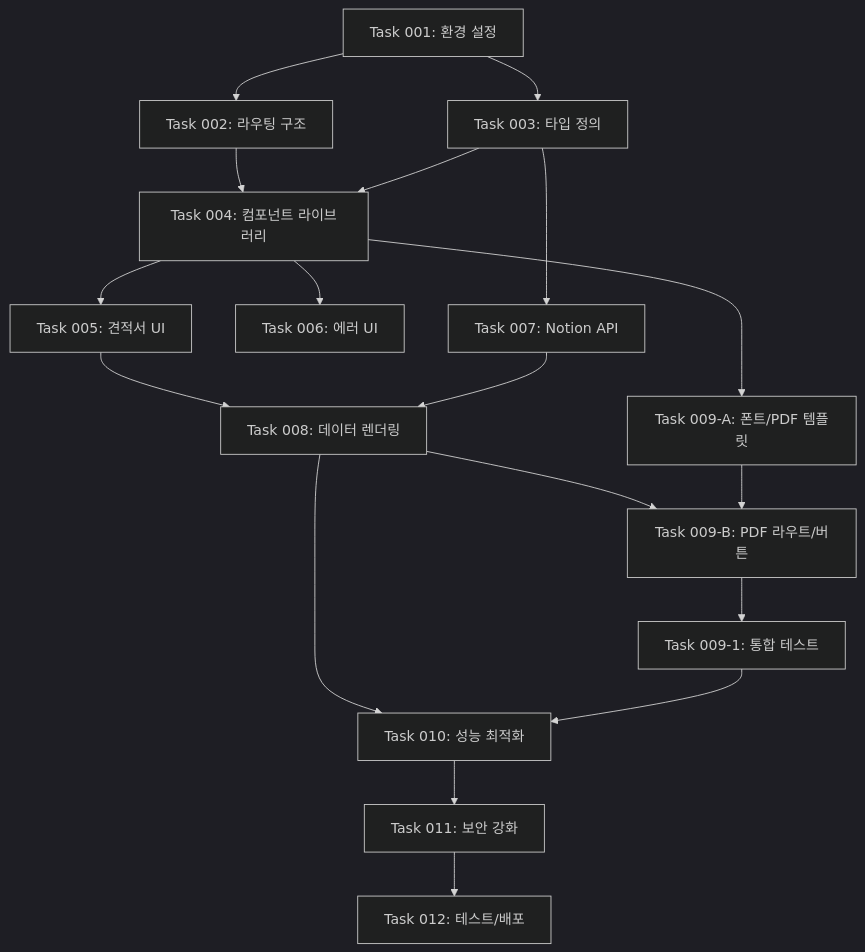
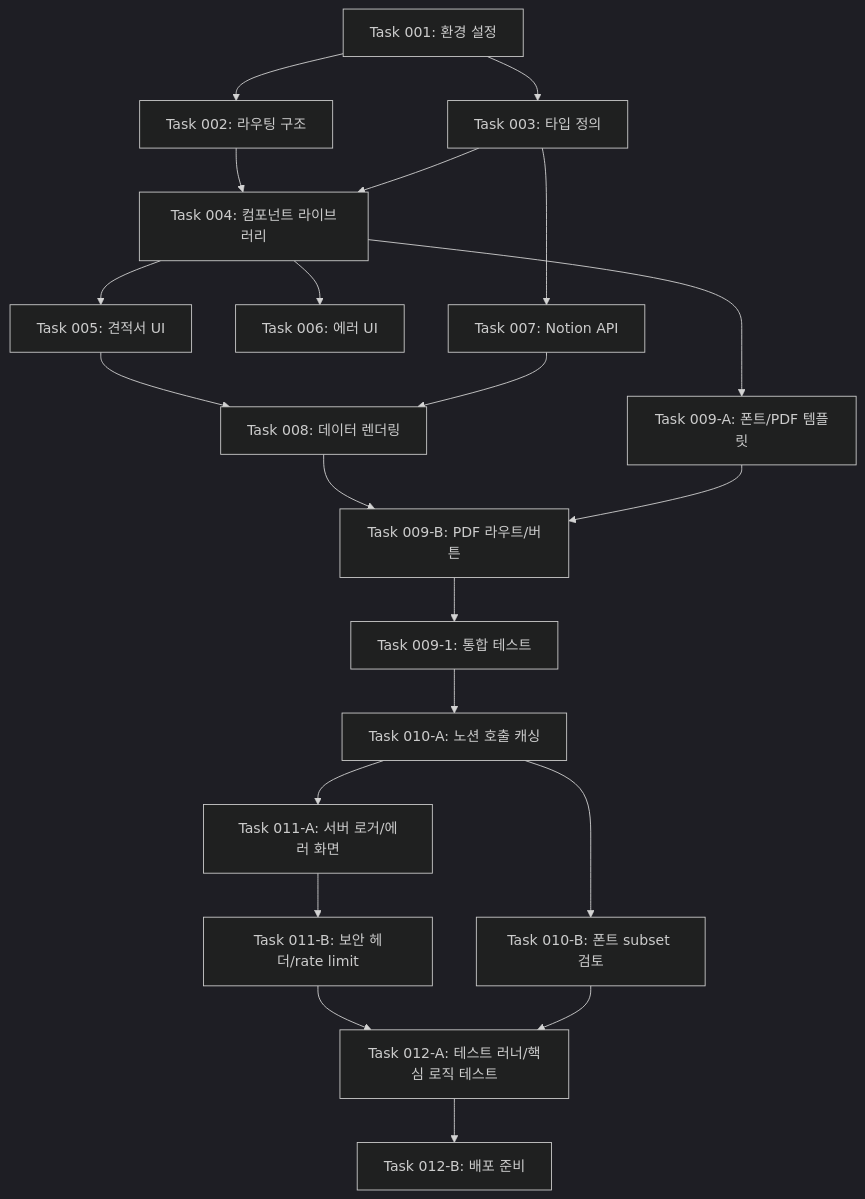
Before and after one commit to Han-DDong/invoice-web: the diagram in docs/ROADMAP.md, drawn with Mermaid (dark theme). The commit also changed other lines of this file and 29 other files, not shown here.

First line of the commit message:
✨ feat: Phase 4 성능 최적화, 보안 강화, 테스트 도입

````diff
--- a/docs/ROADMAP.md
+++ b/docs/ROADMAP.md
@@ -257,20 +381,23 @@
 ```mermaid
 graph TD
     A[Task 001: 환경 설정] --> B[Task 002: 라우팅 구조]
     A --> C[Task 003: 타입 정의]
     B --> D[Task 004: 컴포넌트 라이브러리]
     C --> D
     D --> E[Task 005: 견적서 UI]
     D --> F[Task 006: 에러 UI]
     C --> G[Task 007: Notion API]
     E --> H[Task 008: 데이터 렌더링]
     G --> H
     D --> I1[Task 009-A: 폰트/PDF 템플릿]
     H --> I2[Task 009-B: PDF 라우트/버튼]
     I1 --> I2
     I2 --> M[Task 009-1: 통합 테스트]
-    H --> J[Task 010: 성능 최적화]
-    M --> J
-    J --> K[Task 011: 보안 강화]
-    K --> L[Task 012: 테스트/배포]
+    M --> J1[Task 010-A: 노션 호출 캐싱]
+    J1 --> K1[Task 011-A: 서버 로거/에러 화면]
+    K1 --> K2[Task 011-B: 보안 헤더/rate limit]
+    J1 --> J2[Task 010-B: 폰트 subset 검토]
+    K2 --> L1[Task 012-A: 테스트 러너/핵심 로직 테스트]
+    J2 --> L1
+    L1 --> L2[Task 012-B: 배포 준비]
 ```
````
